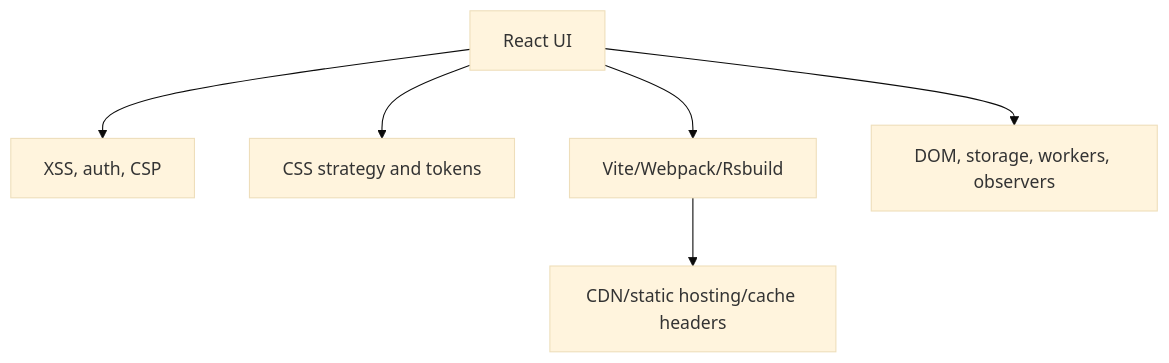
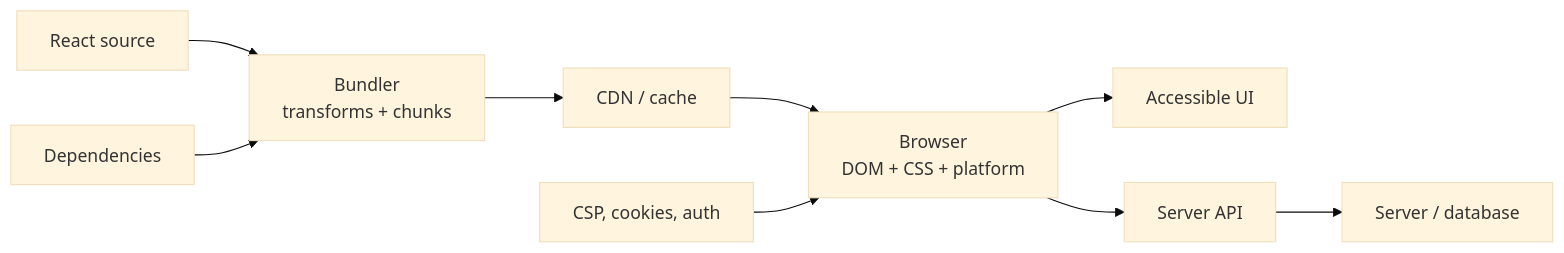
Before and after one commit to ranjeet-h/frontend-interview-preparation: the diagram in src/react/security-build-platform.md, drawn with Mermaid (base theme). The commit also changed other lines of this file, not shown here.

Commit message:
docs: rewrite React security build platform chapter

````diff
--- a/src/react/security-build-platform.md
+++ b/src/react/security-build-platform.md
@@ -24,8 +31,11 @@
-```mermaid
-flowchart TD
-  React["React UI"] --> Security["XSS, auth, CSP"]
-  React --> Styling["CSS strategy and tokens"]
-  React --> Build["Vite/Webpack/Rsbuild"]
-  React --> Platform["DOM, storage, workers, observers"]
-  Build --> Deploy["CDN/static hosting/cache headers"]
-```
+~~~mermaid
+flowchart LR
+  Source["React source"] --> Build["Bundler\ntransforms + chunks"]
+  Build --> CDN["CDN / cache"]
+  CDN --> Browser["Browser\nDOM + CSS + platform"]
+  Browser --> User["Accessible UI"]
+  Browser --> API["Server API"]
+  API --> Data["Server / database"]
+  ServerPolicy["CSP, cookies, auth"] --> Browser
+  Dependencies["Dependencies"] --> Build
+~~~
````
